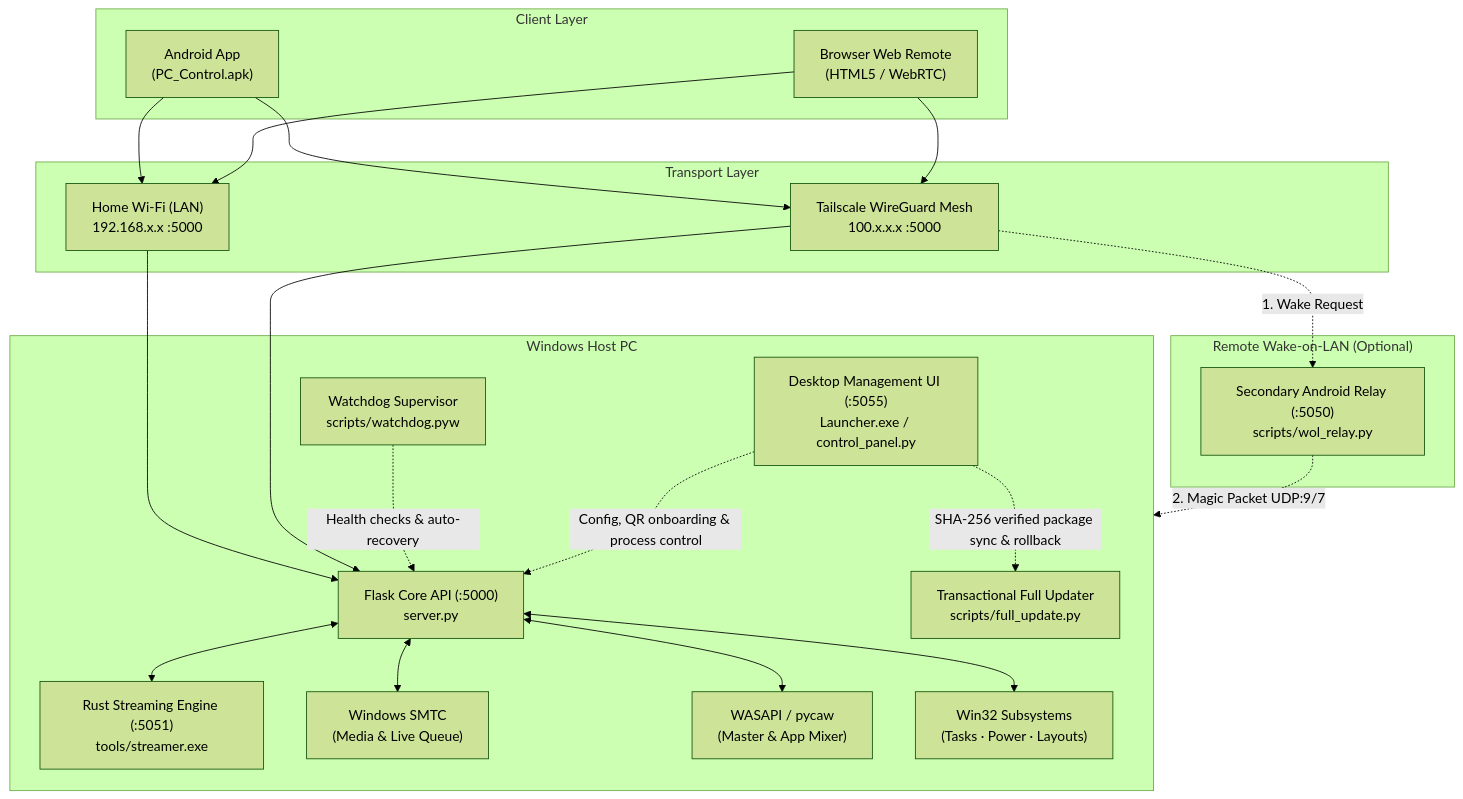
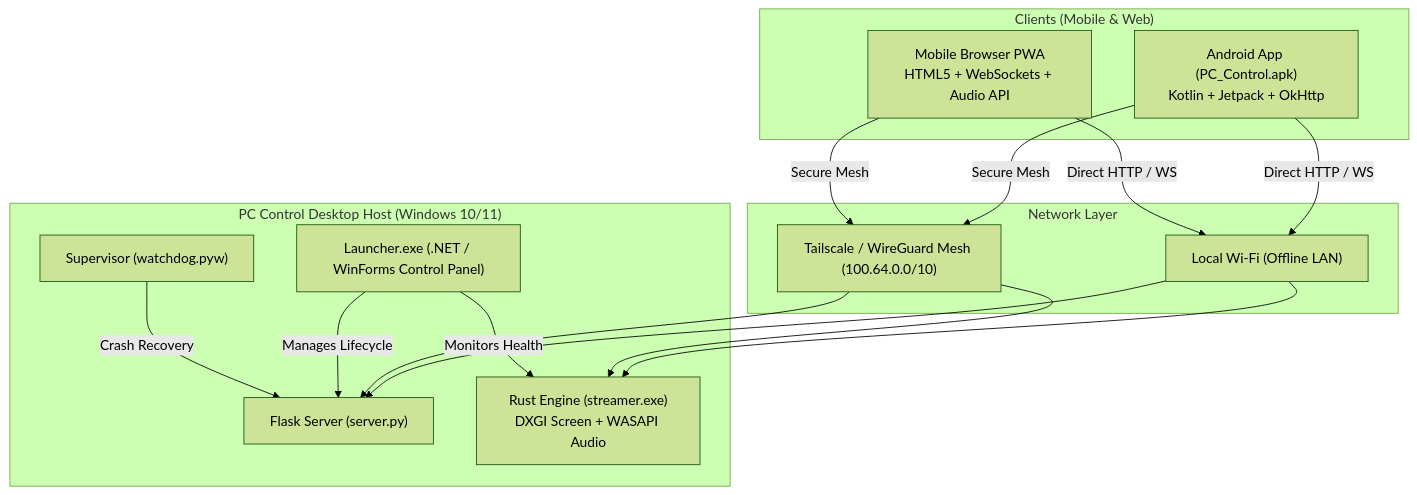
Before and after one commit to lavi-666/pc-control: the diagram in README.md, drawn with Mermaid (forest theme). The commit also changed other lines of this file and 44 other files, not shown here.

````diff
--- a/README.md
+++ b/README.md
@@ -77,48 +114,33 @@
 ```mermaid
 flowchart TD
-    subgraph Clients["Client Layer"]
-        APK["Android App<br/>(PC_Control.apk)"]
-        WEB["Browser Web Remote<br/>(HTML5 / WebRTC)"]
+    subgraph MobileClients ["Clients (Mobile & Web)"]
+        APK["Android App (PC_Control.apk)<br/>Kotlin + Jetpack + OkHttp"]
+        PWA["Mobile Browser PWA<br/>HTML5 + WebSockets + Audio API"]
     end
 
-    subgraph Network["Transport Layer"]
-        LAN["Home Wi-Fi (LAN)<br/>192.168.x.x :5000"]
-        TS["Tailscale WireGuard Mesh<br/>100.x.x.x :5000"]
+    subgraph NetworkTransport ["Network Layer"]
+        LAN["Local Wi-Fi (Offline LAN)"]
+        VPN["Tailscale / WireGuard Mesh (100.64.0.0/10)"]
     end
 
-    subgraph Host["Windows Host PC"]
-        API["Flask Core API (:5000)<br/>server.py"]
-        STREAM["Rust Streaming Engine (:5051)<br/>tools/streamer.exe"]
-        WATCHDOG["Watchdog Supervisor<br/>scripts/watchdog.pyw"]
-        LAUNCHER["Desktop Management UI (:5055)<br/>Launcher.exe / control_panel.py"]
-        UPDATER["Transactional Full Updater<br/>scripts/full_update.py"]
-        
-        SMTC["Windows SMTC<br/>(Media & Live Queue)"]
-        WASAPI["WASAPI / pycaw<br/>(Master & App Mixer)"]
-        WIN32["Win32 Subsystems<br/>(Tasks · Power · Layouts)"]
+    subgraph HostServer ["PC Control Desktop Host (Windows 10/11)"]
+        Launcher["Launcher.exe (.NET / WinForms Control Panel)"]
+        Supervisor["Supervisor (watchdog.pyw)"]
+        FlaskServer["Flask Server (server.py)"]
+        RustStreamer["Rust Engine (streamer.exe)<br/>DXGI Screen + WASAPI Audio"]
     end
 
-    subgraph RemoteWOL["Remote Wake-on-LAN (Optional)"]
-        RELAY["Secondary Android Relay (:5050)<br/>scripts/wol_relay.py"]
-    end
+    APK -->|Direct HTTP / WS| LAN
+    APK -->|Secure Mesh| VPN
+    PWA -->|Direct HTTP / WS| LAN
+    PWA -->|Secure Mesh| VPN
 
-    APK --> LAN
-    APK --> TS
-    WEB --> LAN
-    WEB --> TS
+    LAN --> FlaskServer
+    LAN --> RustStreamer
+    VPN --> FlaskServer
+    VPN --> RustStreamer
 
-    LAN --> API
-    TS --> API
-
-    API <--> STREAM
-    API <--> SMTC
-    API <--> WASAPI
-    API <--> WIN32
-
-    WATCHDOG -.->|Health checks & auto-recovery| API
-    LAUNCHER -.->|Config, QR onboarding & process control| API
-    LAUNCHER -.->|SHA-256 verified package sync & rollback| UPDATER
-
-    TS -.->|1. Wake Request| RELAY
-    RELAY -.->|2. Magic Packet UDP:9/7| Host
+    Launcher -->|Manages Lifecycle| FlaskServer
+    Launcher -->|Monitors Health| RustStreamer
+    Supervisor -->|Crash Recovery| FlaskServer
 ```
````
